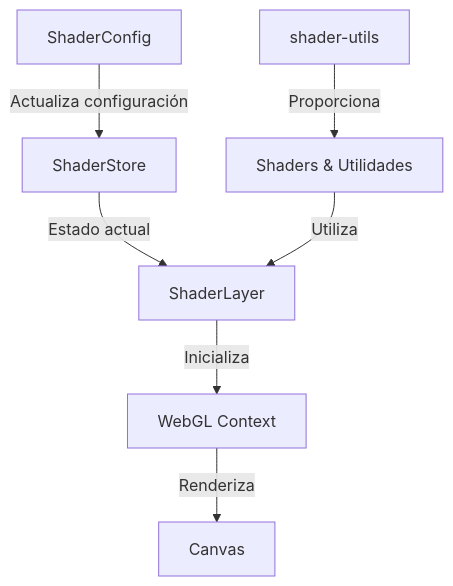
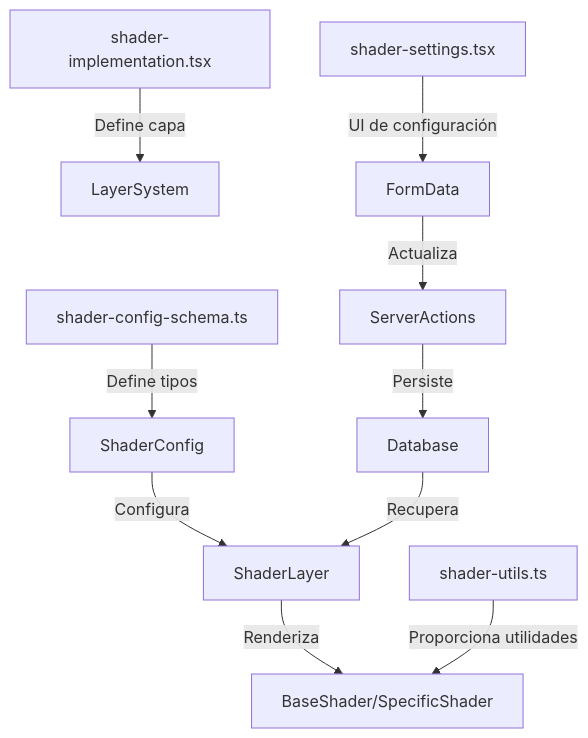
One commit to gvastethecreator/media-manager changed the diagram in src/components/features/entity-cards/modules/layers/shaders/README.md. Above: the diagram before and after it, drawn with Mermaid. The commit also changed other lines of this file and 122 other files, not shown here.

````diff
--- a/src/components/features/entity-cards/modules/layers/shaders/README.md
+++ b/src/components/features/entity-cards/modules/layers/shaders/README.md
@@ -21,9 +32,12 @@
 ```mermaid
 graph TD
-    A[ShaderConfig] -->|Actualiza configuración| B[ShaderStore]
-    B -->|Estado actual| C[ShaderLayer]
-    C -->|Inicializa| D[WebGL Context]
-    D -->|Renderiza| E[Canvas]
-    F[shader-utils] -->|Proporciona| G[Shaders & Utilidades]
-    G -->|Utiliza| C
+    A[shader-implementation.tsx] -->|Define capa| B[LayerSystem]
+    C[shader-config-schema.ts] -->|Define tipos| D[ShaderConfig]
+    D -->|Configura| E[ShaderLayer]
+    F[shader-settings.tsx] -->|UI de configuración| G[FormData]
+    G -->|Actualiza| H[ServerActions]
+    H -->|Persiste| I[Database]
+    I -->|Recupera| E
+    E -->|Renderiza| J[BaseShader/SpecificShader]
+    K[shader-utils.ts] -->|Proporciona utilidades| J
 ```
````
